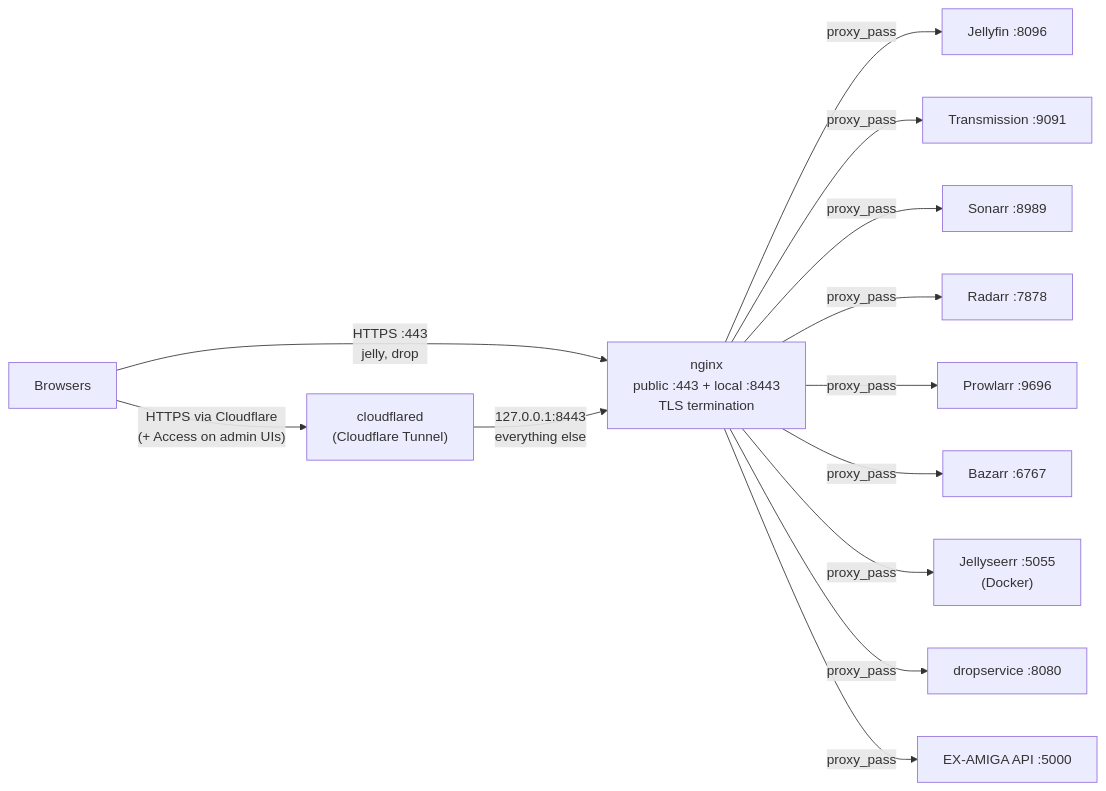
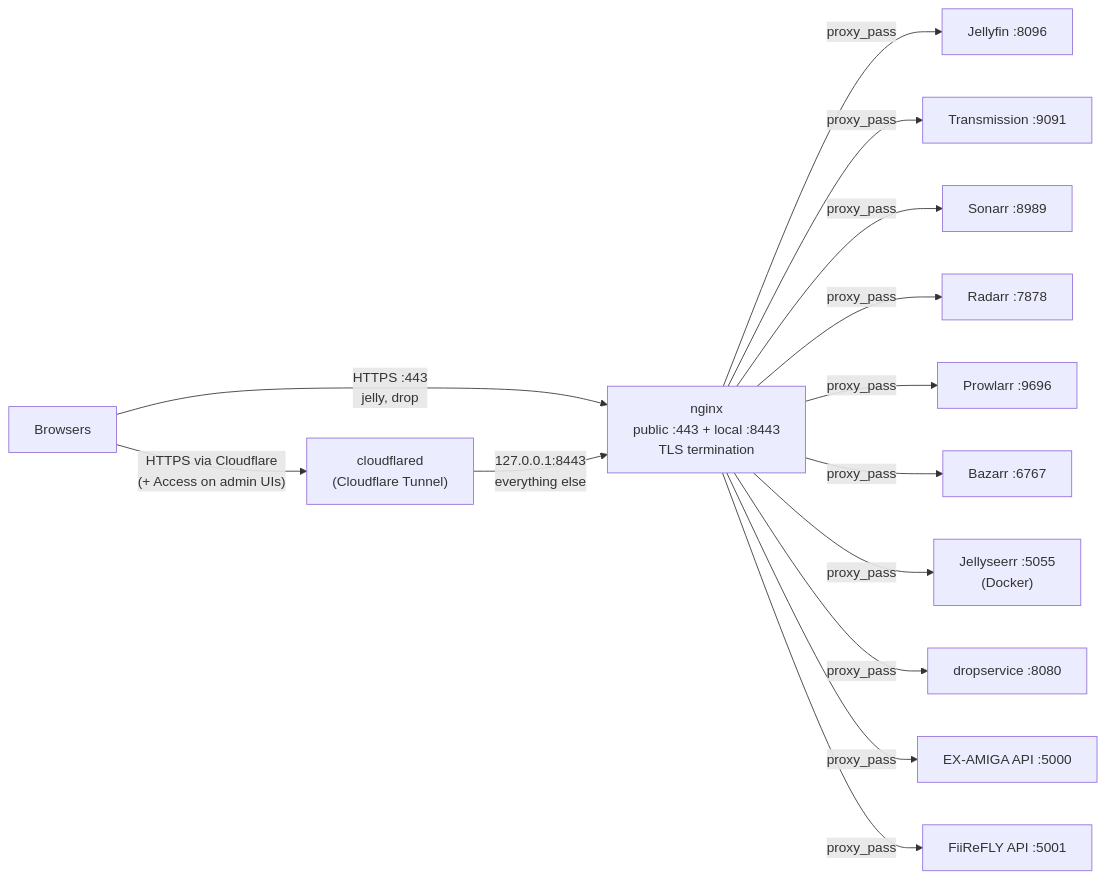
The diagram in services/nginx/README.md (sillyash/homelab), drawn with Mermaid before and after one commit. The commit also changed other lines of this file and 10 other files, not shown here.

First line of the commit message:
feat(fiirefly): deploy the FiiReFLY API at fiirefly-api.sillyash.com

````diff
--- a/services/nginx/README.md
+++ b/services/nginx/README.md
@@ -44,29 +45,31 @@
 ```mermaid
 graph LR
     clients["Browsers"]
 
     cloudflared["cloudflared<br>(Cloudflare Tunnel)"]
     nginx["nginx<br>public :443 + local :8443<br>TLS termination"]
     jellyfin["Jellyfin :8096"]
     transmission["Transmission :9091"]
     sonarr["Sonarr :8989"]
     radarr["Radarr :7878"]
     prowlarr["Prowlarr :9696"]
     bazarr["Bazarr :6767"]
     jellyseerr["Jellyseerr :5055<br>(Docker)"]
     dropservice["dropservice :8080"]
     examiga["EX-AMIGA API :5000"]
+    fiirefly["FiiReFLY API :5001"]
 
     clients -->|"HTTPS :443<br>jelly, drop"| nginx
     clients -->|"HTTPS via Cloudflare<br>(+ Access on admin UIs)"| cloudflared
     cloudflared -->|"127.0.0.1:8443<br>everything else"| nginx
     nginx -->|proxy_pass| jellyfin
     nginx -->|proxy_pass| transmission
     nginx -->|proxy_pass| sonarr
     nginx -->|proxy_pass| radarr
     nginx -->|proxy_pass| prowlarr
     nginx -->|proxy_pass| bazarr
     nginx -->|proxy_pass| jellyseerr
     nginx -->|proxy_pass| dropservice
     nginx -->|proxy_pass| examiga
+    nginx -->|proxy_pass| fiirefly
 ```
````
